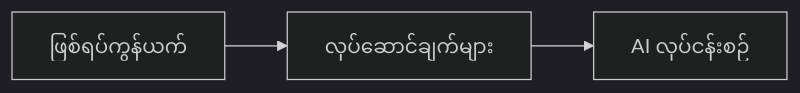
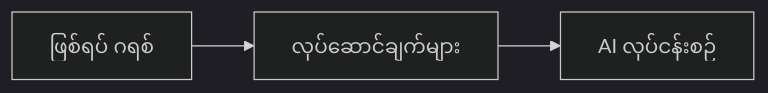
The second of 2 diagrams in translations/my/docs/chapter-08-production/README.md (microsoft/AZD-for-beginners), drawn with Mermaid (dark theme) before and after one commit. The commit also changed other lines of this file and 104 other files, not shown here.

````diff
--- a/translations/my/docs/chapter-08-production/README.md
+++ b/translations/my/docs/chapter-08-production/README.md
@@ -56,4 +57,4 @@
 ```mermaid
 graph LR
-    EventGrid[ဖြစ်ရပ်ကွန်ယက်] --> Functions[လုပ်ဆောင်ချက်များ] --> Pipeline[AI လုပ်ငန်းစဉ်]
+    EventGrid[ဖြစ်ရပ် ဂရစ်] --> Functions[လုပ်ဆောင်ချက်များ] --> Pipeline[AI လုပ်ငန်းစဉ်]
 ```
````
